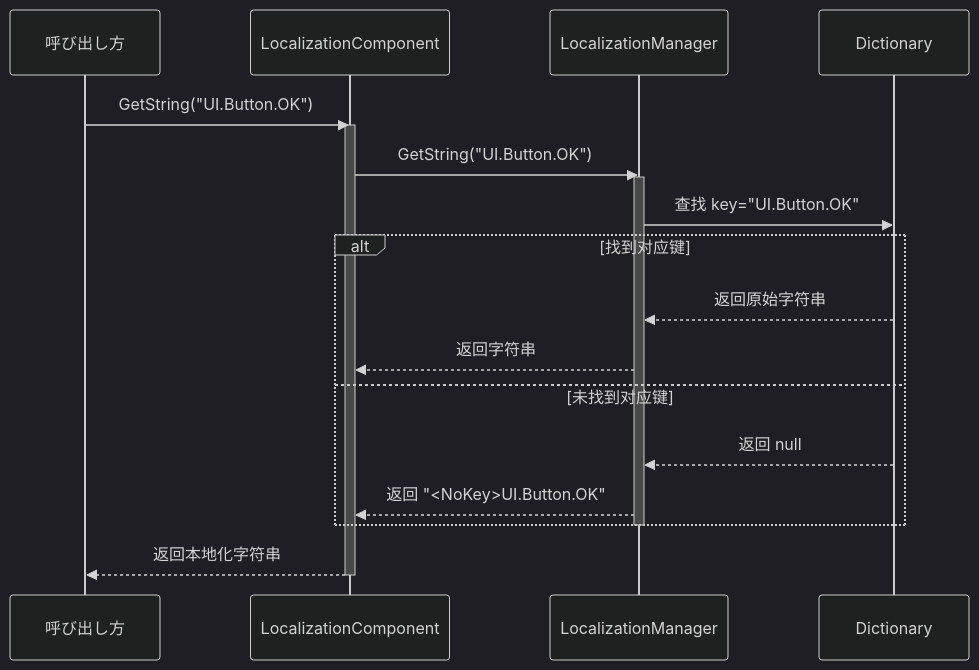
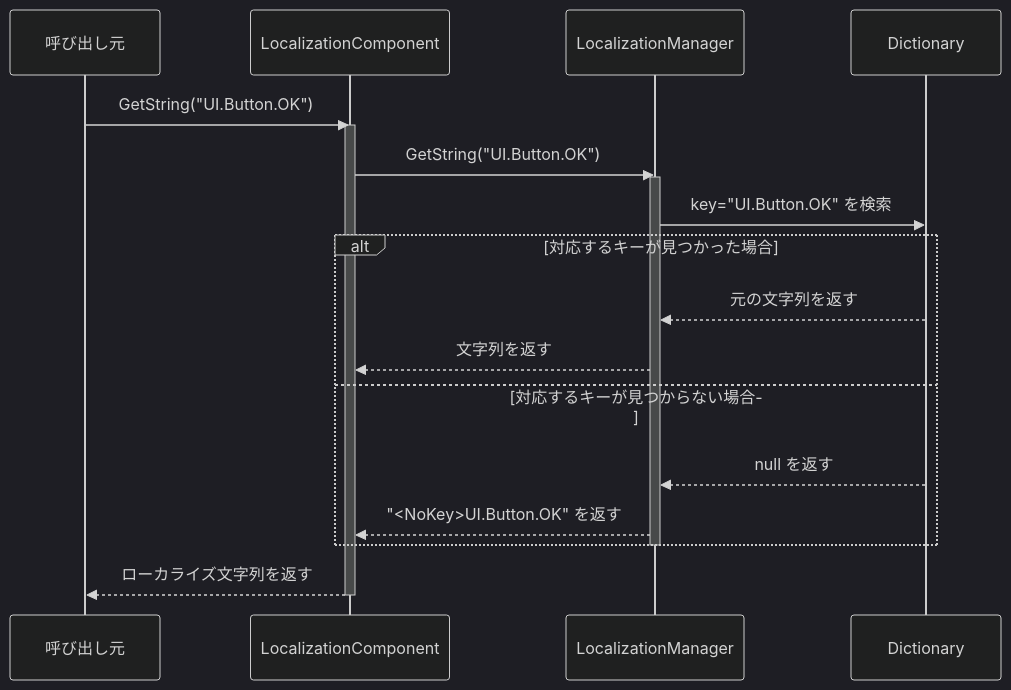
Before and after one commit to AlianBlank/GameFrameX.Docs: the third of 5 diagrams in docs/ja/client/unity/component/localization/01.overview.md, drawn with Mermaid (dark theme). The commit also changed other lines of this file and 320 other files, not shown here.

````diff
--- a/docs/ja/client/unity/component/localization/01.overview.md
+++ b/docs/ja/client/unity/component/localization/01.overview.md
@@ -126,25 +126,25 @@
 ```mermaid
 sequenceDiagram
-    participant Client as 呼び出し方
+    participant Client as 呼び出し元
     participant LC as LocalizationComponent
     participant LM as LocalizationManager
     participant Dict as Dictionary
 
     Client->>LC: GetString("UI.Button.OK")
     activate LC
     LC->>LM: GetString("UI.Button.OK")
     activate LM
-    LM->>Dict: 查找 key="UI.Button.OK"
-    
-    alt 找到对应键
-        Dict-->>LM: 返回原始字符串
-        LM-->>LC: 返回字符串
-    else 未找到对应键
-        Dict-->>LM: 返回 null
-        LM-->>LC: 返回 "<NoKey>UI.Button.OK"
+    LM->>Dict: key="UI.Button.OK" を検索
+
+    alt 対応するキーが見つかった場合
+        Dict-->>LM: 元の文字列を返す
+        LM-->>LC: 文字列を返す
+    else 対応するキーが見つからない場合
+        Dict-->>LM: null を返す
+        LM-->>LC: "<NoKey>UI.Button.OK" を返す
     end
     deactivate LM
-    
-    LC-->>Client: 返回本地化字符串
+
+    LC-->>Client: ローカライズ文字列を返す
     deactivate LC
 ```
````
